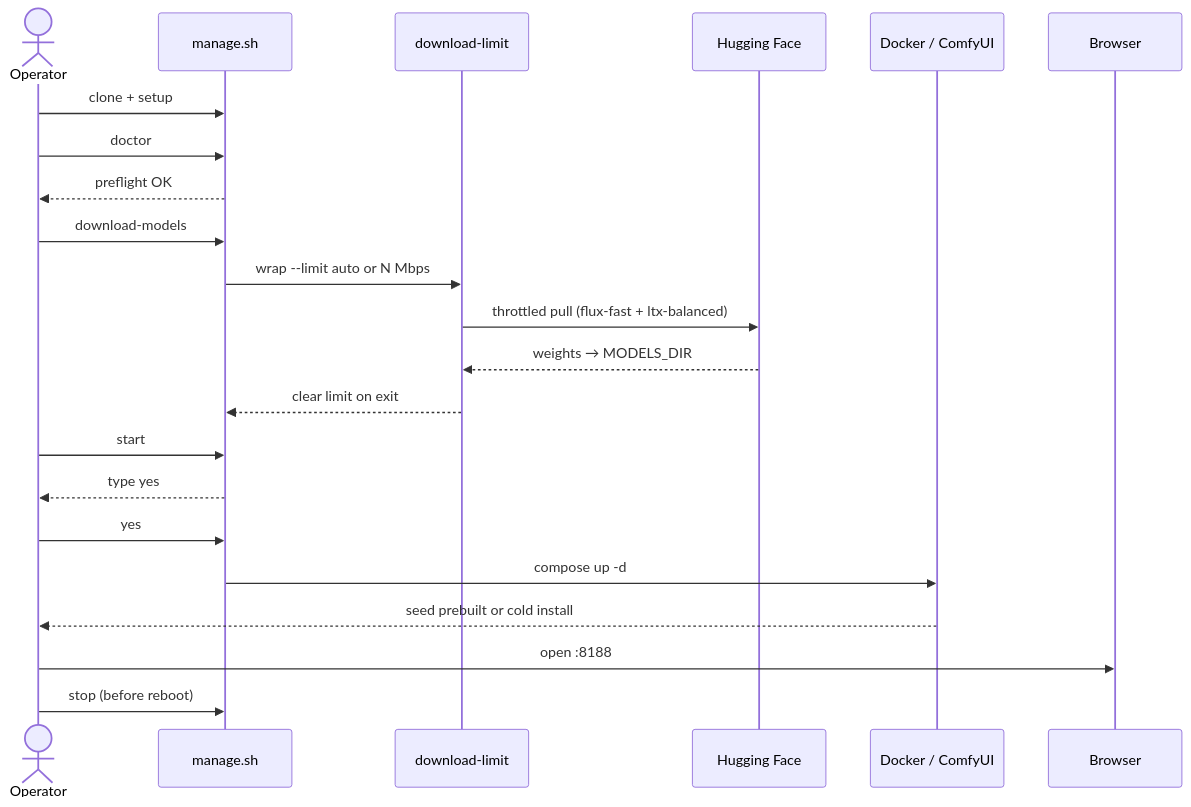
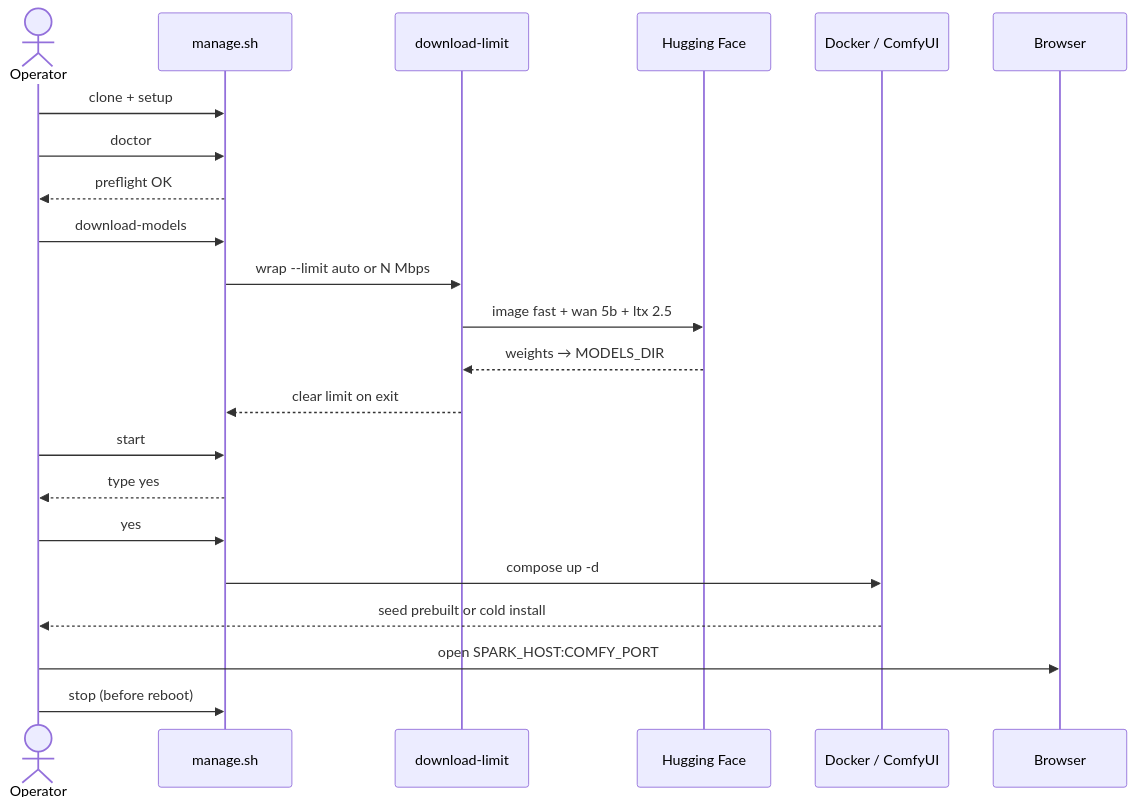
Before and after one commit to toxicoder/ez-comfy-stack: the second of 3 diagrams in docs/getting-started.md, drawn with Mermaid. The commit also changed other lines of this file and 16 other files, not shown here.

First line of the commit message:
docs: align operator docs with Klein 4B / Wan 5B / LTX-2.5

````diff
--- a/docs/getting-started.md
+++ b/docs/getting-started.md
@@ -465,25 +416,25 @@
     ```mermaid
     sequenceDiagram
       actor Op as Operator
       participant M as manage.sh
       participant DL as download-limit
       participant HF as Hugging Face
       participant D as Docker / ComfyUI
       participant B as Browser
 
       Op->>M: clone + setup
       Op->>M: doctor
       M-->>Op: preflight OK
       Op->>M: download-models
       M->>DL: wrap --limit auto or N Mbps
-      DL->>HF: throttled pull (flux-fast + ltx-balanced)
+      DL->>HF: image fast + wan 5b + ltx 2.5
       HF-->>DL: weights → MODELS_DIR
       DL-->>M: clear limit on exit
       Op->>M: start
       M-->>Op: type yes
       Op->>M: yes
       M->>D: compose up -d
       D-->>Op: seed prebuilt or cold install
-      Op->>B: open :8188
+      Op->>B: open SPARK_HOST:COMFY_PORT
       Op->>M: stop (before reboot)
     ```
````
